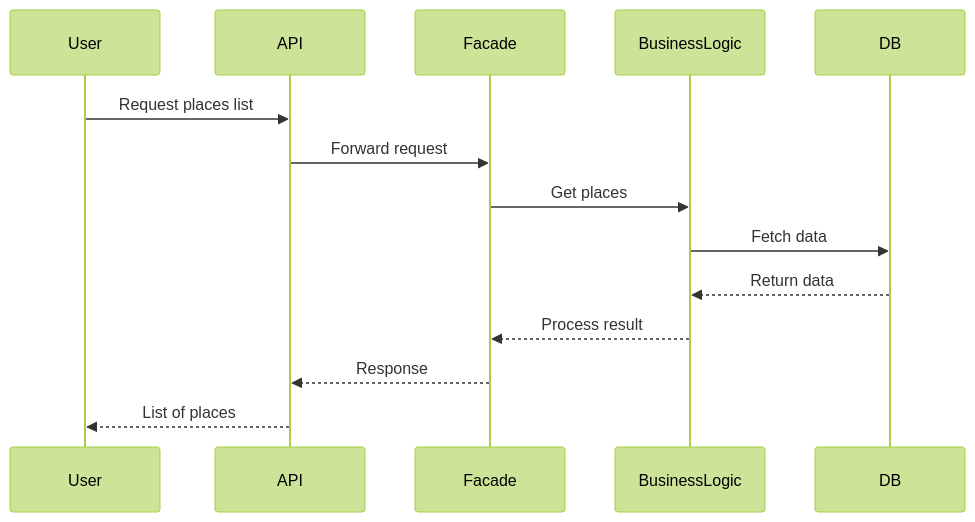
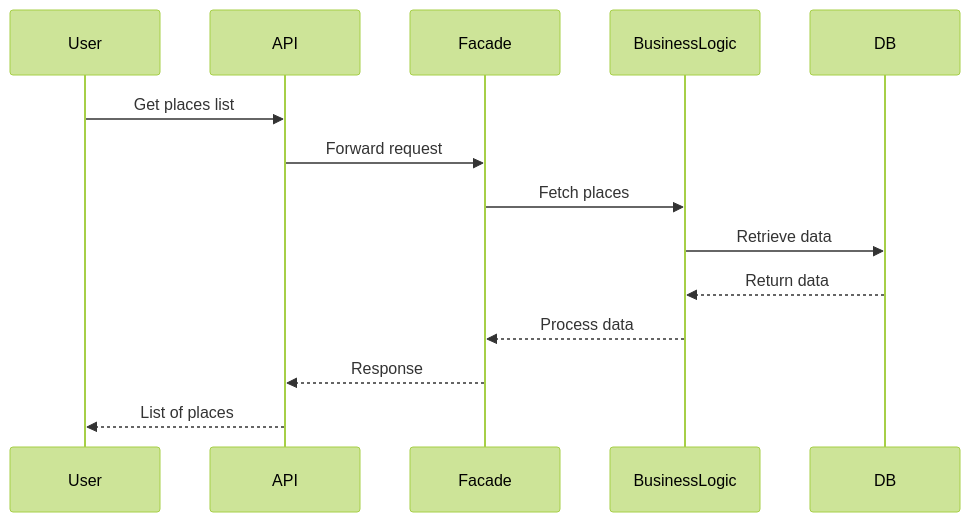
The fifth of 5 diagrams in part1/README.md (niceehi/holbertonschool-hbnb), drawn with Mermaid (forest theme) before and after one commit. The commit also changed other lines of this file, not shown here.

````diff
--- a/part1/README.md
+++ b/part1/README.md
@@ -304,17 +282,17 @@
 ```mermaid
 sequenceDiagram
 participant User
 participant API
 participant Facade
 participant BusinessLogic
 participant DB
 
-User->>API: Request places list
+User->>API: Get places list
 API->>Facade: Forward request
-Facade->>BusinessLogic: Get places
-BusinessLogic->>DB: Fetch data
+Facade->>BusinessLogic: Fetch places
+BusinessLogic->>DB: Retrieve data
 DB-->>BusinessLogic: Return data
-BusinessLogic-->>Facade: Process result
+BusinessLogic-->>Facade: Process data
 Facade-->>API: Response
 API-->>User: List of places
 ```
````
